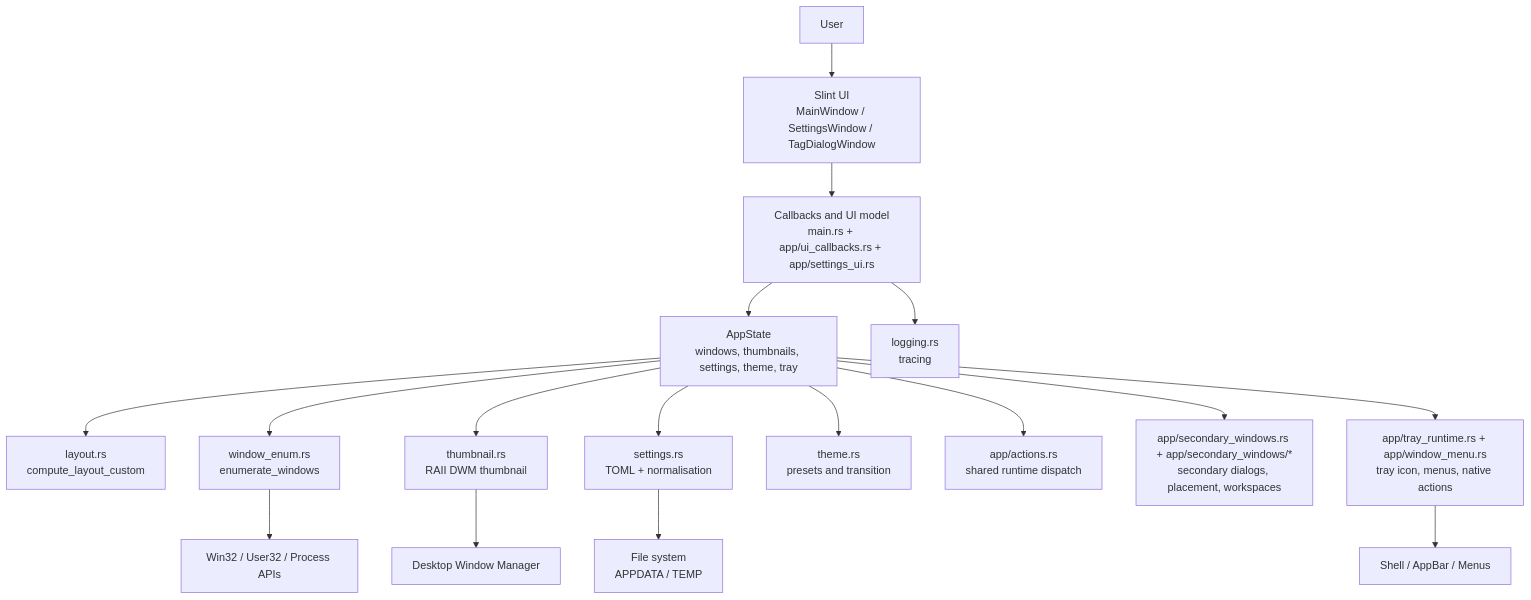
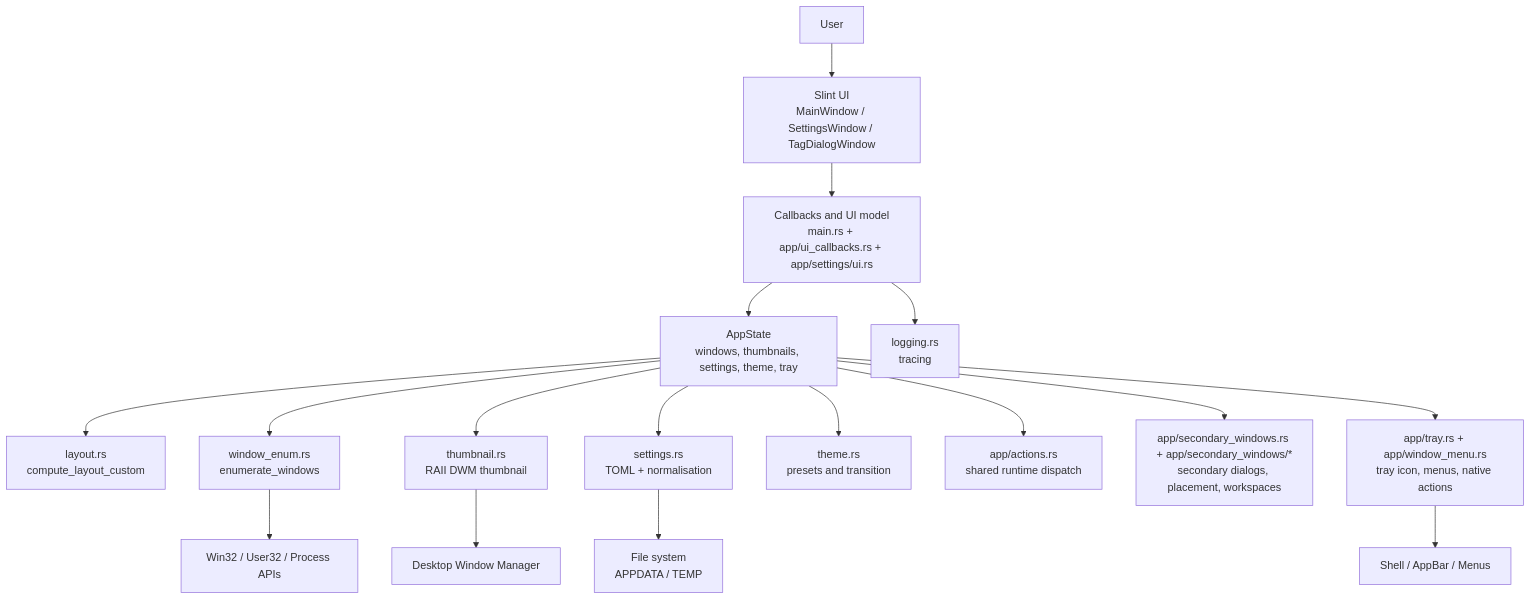
One commit to gvastethecreator/panopticon changed the first of 2 diagrams in docs/ARCHITECTURE.md. Above: the diagram before and after it, drawn with Mermaid. The commit also changed other lines of this file and 26 other files, not shown here.

First line of the commit message:
feat: Implement settings window synchronization and workspace management

````diff
--- a/docs/ARCHITECTURE.md
+++ b/docs/ARCHITECTURE.md
@@ -16,19 +16,19 @@
 ```mermaid
 flowchart TD
     U[User] --> UI[Slint UI\nMainWindow / SettingsWindow / TagDialogWindow]
-    UI --> CB[Callbacks and UI model\nmain.rs + app/ui_callbacks.rs + app/settings_ui.rs]
+    UI --> CB[Callbacks and UI model\nmain.rs + app/ui_callbacks.rs + app/settings/ui.rs]
     CB --> ST[AppState\nwindows, thumbnails, settings, theme, tray]
     ST --> L[layout.rs\ncompute_layout_custom]
     ST --> E[window_enum.rs\nenumerate_windows]
     ST --> T[thumbnail.rs\nRAII DWM thumbnail]
     ST --> S[settings.rs\nTOML + normalisation]
     ST --> TH[theme.rs\npresets and transition]
     ST --> ACT[app/actions.rs\nshared runtime dispatch]
     ST --> SW[app/secondary_windows.rs + app/secondary_windows/*\nsecondary dialogs, placement, workspaces]
-    ST --> TR[app/tray_runtime.rs + app/window_menu.rs\ntray icon, menus, native actions]
+    ST --> TR[app/tray.rs + app/window_menu.rs\ntray icon, menus, native actions]
     E --> W32[Win32 / User32 / Process APIs]
     T --> DWM[Desktop Window Manager]
     TR --> SH[Shell / AppBar / Menus]
     S --> FS[File system\nAPPDATA / TEMP]
     CB --> LOG[logging.rs\ntracing]
 ```
````
